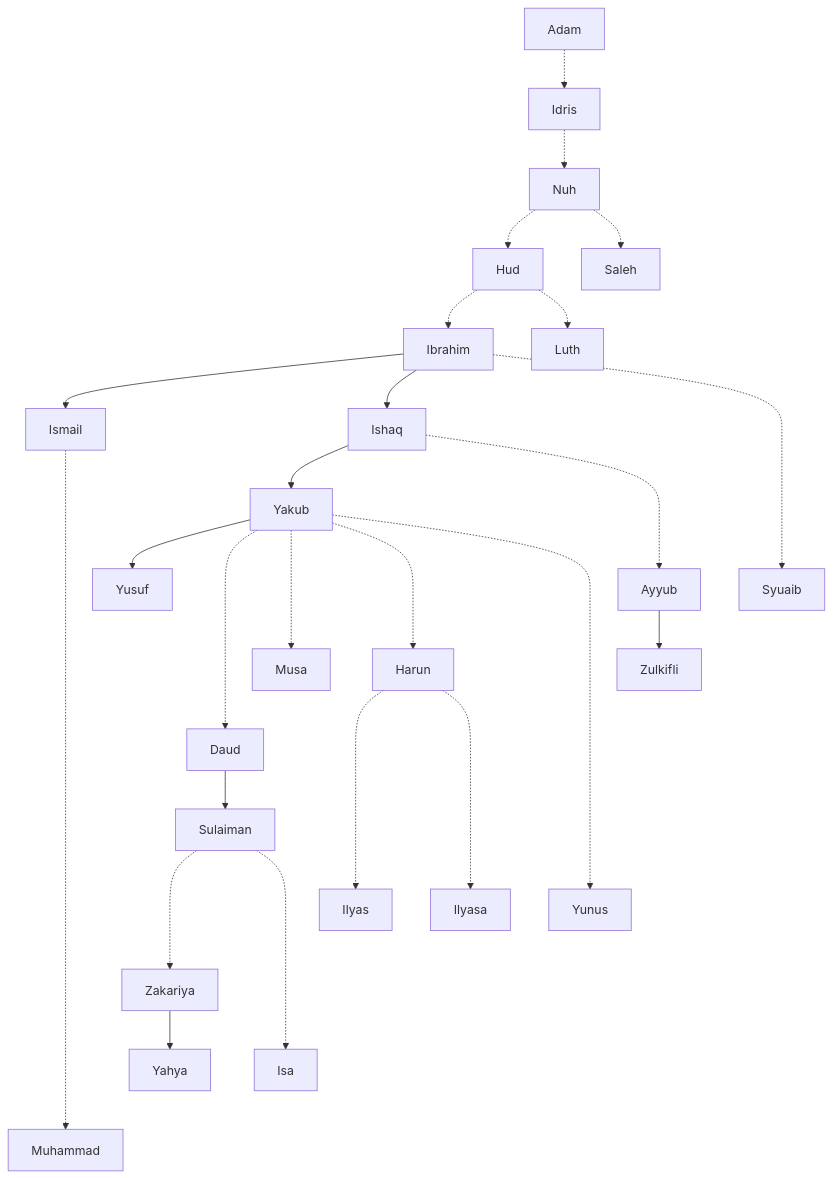
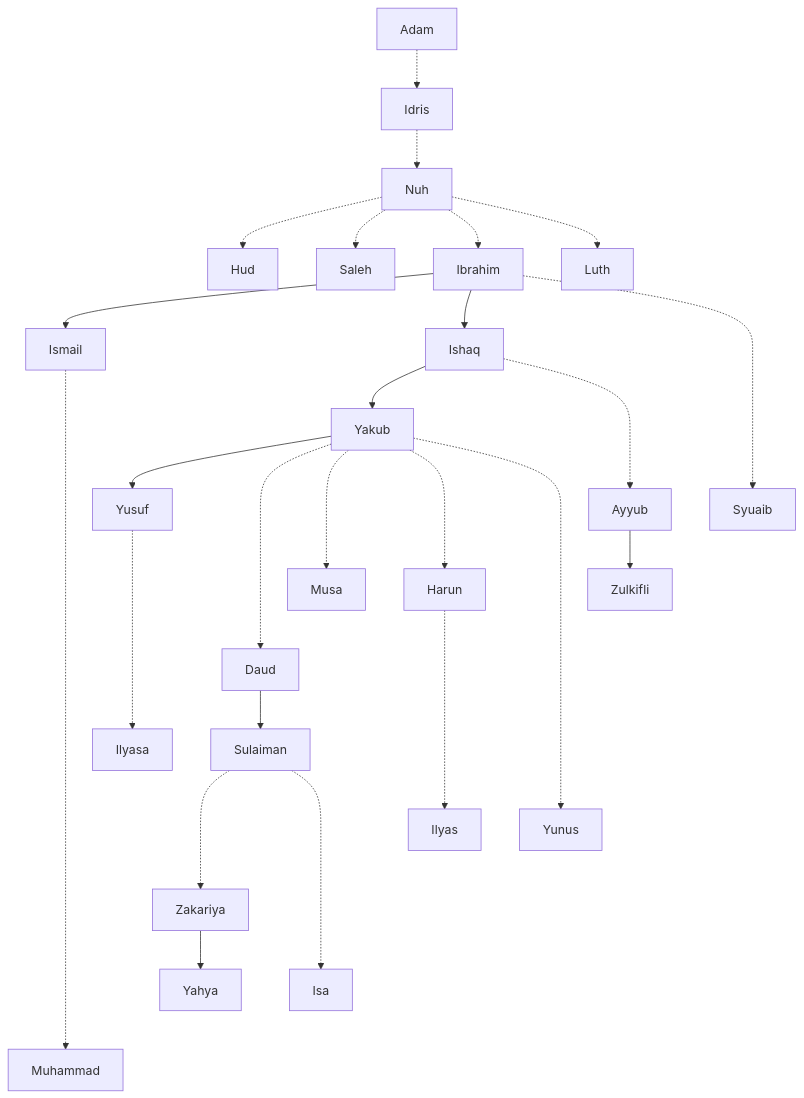
Before and after one commit to bagustris/kisah-nabi: the diagram in index.md, drawn with Mermaid. The commit also changed other lines of this file and 26 other files, not shown here.

````diff
--- a/index.md
+++ b/index.md
@@ -12,53 +12,53 @@
 ```mermaid
 graph TD
     Adam -.-> Idris
     Idris -.-> Nuh
     Nuh -.-> Hud
     Nuh -.-> Saleh
-    Hud -.-> Ibrahim
-    Hud -.-> Luth
+    Nuh -.-> Ibrahim
+    Nuh -.-> Luth
     Ibrahim --> Ismail
     Ibrahim --> Ishaq
     Ishaq --> Yakub
     Yakub --> Yusuf
     Ishaq -..-> Ayyub
     Ibrahim -...-> Syuaib
     Ayyub --> Zulkifli
     Yakub -...-> Daud
     Yakub -..-> Musa
     Yakub -..-> Harun
     Daud --> Sulaiman
     Sulaiman -..-> Zakariya
     Sulaiman -...-> Isa
     Harun -...-> Ilyas
-    Harun -...-> Ilyasa
+    Yusuf -...-> Ilyasa
     Yakub -.....-> Yunus
     Zakariya --> Yahya
     Ismail -.........-> Muhammad
 
     click Adam href "https://bagustris.github.io/kisah-nabi/adam"
     click Idris href "https://bagustris.github.io/kisah-nabi/idris"
     click Nuh href "https://bagustris.github.io/kisah-nabi/nuh"
     click Hud href "https://bagustris.github.io/kisah-nabi/hud"
     click Saleh href "https://bagustris.github.io/kisah-nabi/saleh"
     click Ibrahim href "https://bagustris.github.io/kisah-nabi/ibrahim"
     click Luth href "https://bagustris.github.io/kisah-nabi/luth"
     click Ismail href "https://bagustris.github.io/kisah-nabi/ismail"
     click Ishaq href "https://bagustris.github.io/kisah-nabi/ishaq"
     click Yakub href "https://bagustris.github.io/kisah-nabi/yakub"
     click Yusuf href "https://bagustris.github.io/kisah-nabi/yusuf"
     click Ayyub href "https://bagustris.github.io/kisah-nabi/ayyub"
     click Syuaib href "https://bagustris.github.io/kisah-nabi/syuaib"
     click Musa href "https://bagustris.github.io/kisah-nabi/musa"
     click Harun href "https://bagustris.github.io/kisah-nabi/harun"
     click Zulkifli href "https://bagustris.github.io/kisah-nabi/zulkifli"
     click Daud href "https://bagustris.github.io/kisah-nabi/daud"
     click Sulaiman href "https://bagustris.github.io/kisah-nabi/sulaiman"
     click Ilyas href "https://bagustris.github.io/kisah-nabi/ilyas"
     click Ilyasa href "https://bagustris.github.io/kisah-nabi/ilyasa"
     click Yunus href "https://bagustris.github.io/kisah-nabi/yunus"
     click Zakariya href "https://bagustris.github.io/kisah-nabi/zakariya"
     click Yahya href "https://bagustris.github.io/kisah-nabi/yahya"
     click Isa href "https://bagustris.github.io/kisah-nabi/isa"
     click Muhammad href "https://bagustris.github.io/kisah-nabi/muhammad"
 ```
````
